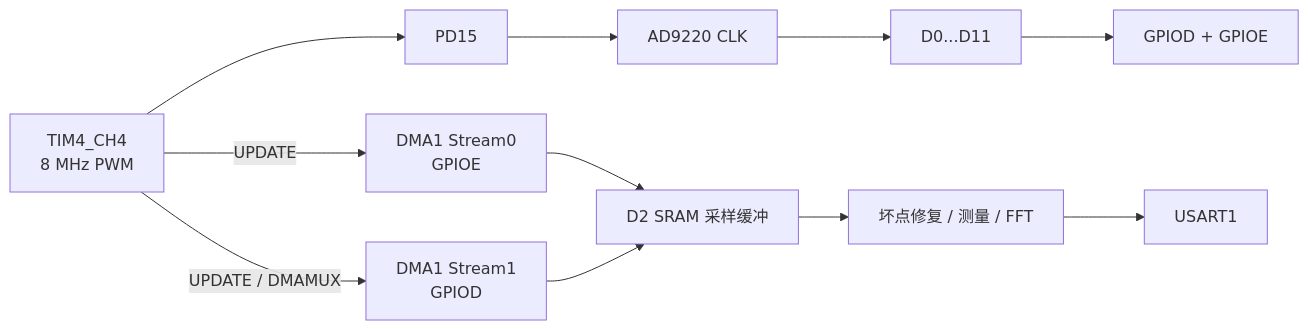
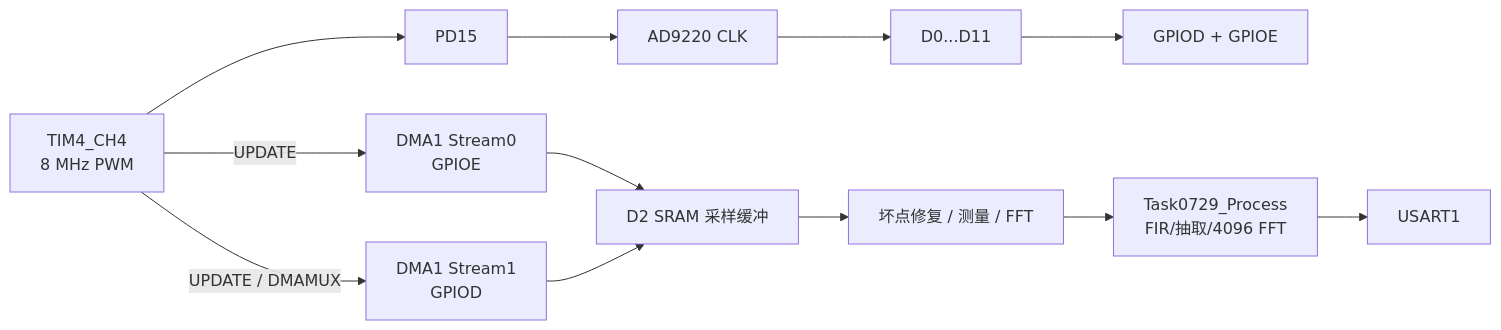
The diagram in README.md (Dony-kylin/STM32H743), drawn with Mermaid before and after one commit. The commit also changed other lines of this file and 2 other files, not shown here.

````diff
--- a/README.md
+++ b/README.md
@@ -25,13 +26,14 @@
 ```mermaid
 flowchart LR
     TIM4["TIM4_CH4<br/>8 MHz PWM"] --> CLK["PD15"]
     CLK --> ADC["AD9220 CLK"]
     ADC --> DATA["D0...D11"]
     DATA --> GPIO["GPIOD + GPIOE"]
     TIM4 -->|"UPDATE"| DMAE["DMA1 Stream0<br/>GPIOE"]
     TIM4 -->|"UPDATE / DMAMUX"| DMAD["DMA1 Stream1<br/>GPIOD"]
     DMAE --> BUF["D2 SRAM 采样缓冲"]
     DMAD --> BUF
     BUF --> PROCESS["坏点修复 / 测量 / FFT"]
-    PROCESS --> UART["USART1"]
+    PROCESS --> SIMULINK["Task0729_Process<br/>FIR/抽取/4096 FFT"]
+    SIMULINK --> UART["USART1"]
 ```
````
